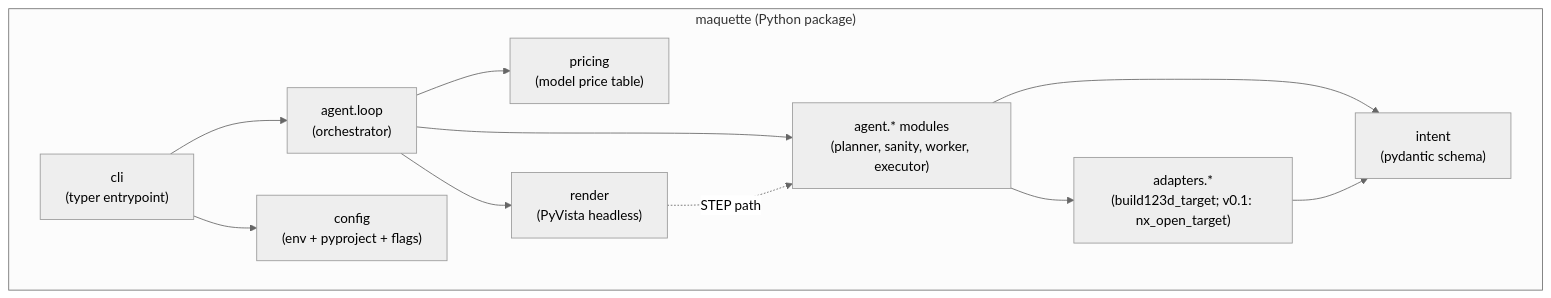
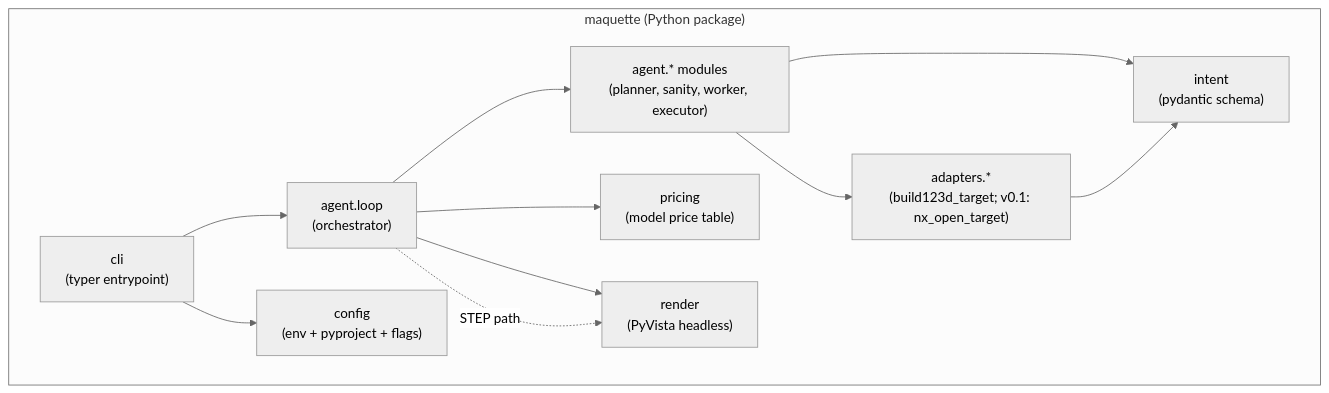
One commit to vandpaolo/touch changed the second of 3 diagrams in docs/02-architecture.md. Above: the diagram before and after it, drawn with Mermaid (neutral theme). The commit also changed 7 other files, not shown here.

````diff
--- a/docs/02-architecture.md
+++ b/docs/02-architecture.md
@@ -49,23 +49,23 @@
 ```mermaid
 flowchart TB
     subgraph Maquette["maquette (Python package)"]
         CLI["cli<br/>(typer entrypoint)"]
         Loop["agent.loop<br/>(orchestrator)"]
         AgentMods["agent.* modules<br/>(planner, sanity, worker, executor)"]
         Adapters["adapters.*<br/>(build123d_target; v0.1: nx_open_target)"]
         Render["render<br/>(PyVista headless)"]
         Intent["intent<br/>(pydantic schema)"]
         Pricing["pricing<br/>(model price table)"]
         Config["config<br/>(env + pyproject + flags)"]
     end
 
     CLI --> Loop
     CLI --> Config
     Loop --> AgentMods
     Loop --> Pricing
     Loop --> Render
     AgentMods --> Intent
     AgentMods --> Adapters
     Adapters --> Intent
-    Render -. STEP path .-> AgentMods
+    Loop -. STEP path .-> Render
 ```
````
